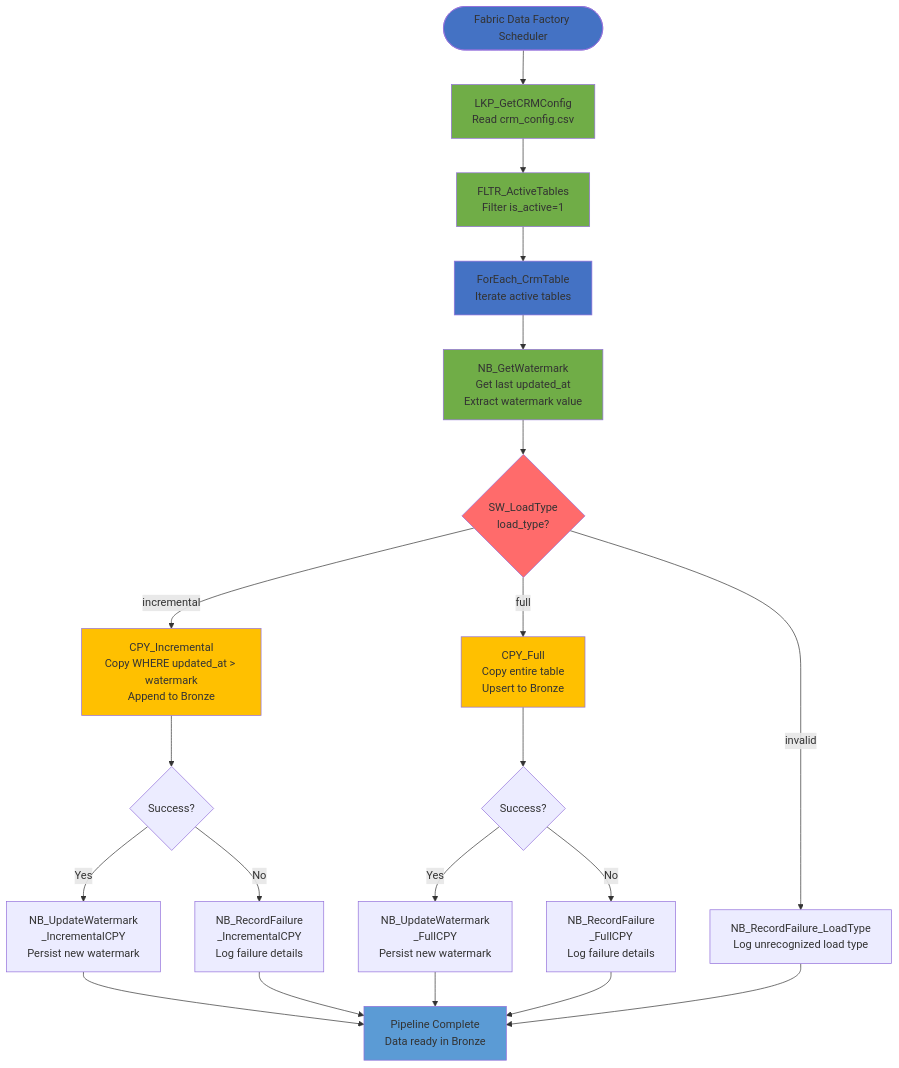
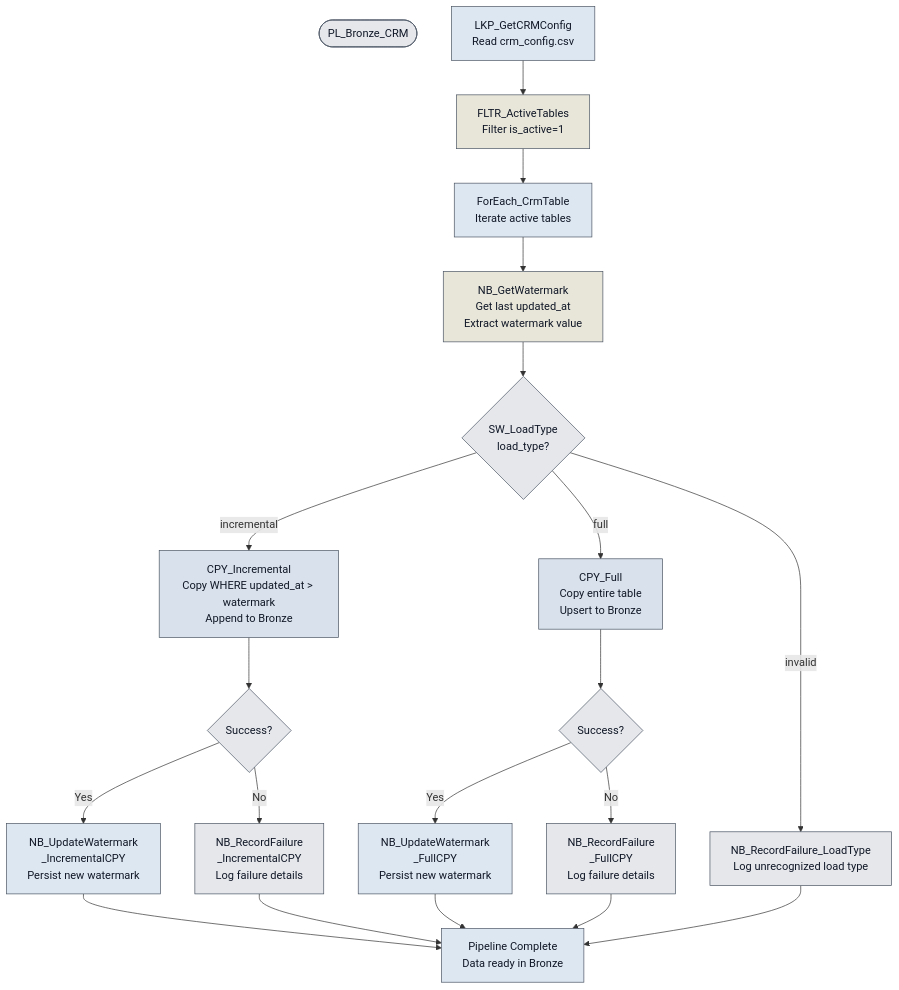
One commit to PacifiqueNteta/DriveZA-Holdings changed the first of 2 diagrams in README.md. Above: the diagram before and after it, drawn with Mermaid. The commit also changed other lines of this file, not shown here.

Commit message:
README Update

````diff
--- a/README.md
+++ b/README.md
@@ -134,38 +81,60 @@
 ```mermaid
 flowchart TD
-    Start([Fabric Data Factory Scheduler]) --> LKP["LKP_GetCRMConfig<br/>Read crm_config.csv"]
-    LKP --> FLTR["FLTR_ActiveTables<br/>Filter is_active=1"]
-    FLTR --> ForEach["ForEach_CrmTable<br/>Iterate active tables"]
-    
-    ForEach --> GetWM["NB_GetWatermark<br/>Get last updated_at<br/>Extract watermark value"]
-    GetWM --> Switch{SW_LoadType<br/>load_type?}
-    
-    Switch -->|incremental| CPYIncr["CPY_Incremental<br/>Copy WHERE updated_at > watermark<br/>Append to Bronze"]
-    Switch -->|full| CPYFull["CPY_Full<br/>Copy entire table<br/>Upsert to Bronze"]
-    Switch -->|invalid| RecordInvalid["NB_RecordFailure_LoadType<br/>Log unrecognized load type"]
-    
-    CPYIncr --> SuccessIncr{Success?}
-    CPYFull --> SuccessFull{Success?}
-    
-    SuccessIncr -->|Yes| UpdateWMIncr["NB_UpdateWatermark<br/>_IncrementalCPY<br/>Persist new watermark"]
-    SuccessIncr -->|No| FailIncr["NB_RecordFailure<br/>_IncrementalCPY<br/>Log failure details"]
-    
-    SuccessFull -->|Yes| UpdateWMFull["NB_UpdateWatermark<br/>_FullCPY<br/>Persist new watermark"]
-    SuccessFull -->|No| FailFull["NB_RecordFailure<br/>_FullCPY<br/>Log failure details"]
-    
-    UpdateWMIncr --> Complete["Pipeline Complete<br/>Data ready in Bronze"]
+    Title(["PL_Bronze_CRM"])
+    LKP["LKP_GetCRMConfig<br/>Read crm_config.csv"]
+    FLTR["FLTR_ActiveTables<br/>Filter is_active=1"]
+    ForEach["ForEach_CrmTable<br/>Iterate active tables"]
+    GetWM["NB_GetWatermark<br/>Get last updated_at<br/>Extract watermark value"]
+    Switch{SW_LoadType<br/>load_type?}
+    CPYIncr["CPY_Incremental<br/>Copy WHERE updated_at > watermark<br/>Append to Bronze"]
+    CPYFull["CPY_Full<br/>Copy entire table<br/>Upsert to Bronze"]
+    RecordInvalid["NB_RecordFailure_LoadType<br/>Log unrecognized load type"]
+    SuccessIncr{Success?}
+    SuccessFull{Success?}
+    UpdateWMIncr["NB_UpdateWatermark<br/>_IncrementalCPY<br/>Persist new watermark"]
+    FailIncr["NB_RecordFailure<br/>_IncrementalCPY<br/>Log failure details"]
+    UpdateWMFull["NB_UpdateWatermark<br/>_FullCPY<br/>Persist new watermark"]
+    FailFull["NB_RecordFailure<br/>_FullCPY<br/>Log failure details"]
+    Complete["Pipeline Complete<br/>Data ready in Bronze"]
+
+    LKP --> FLTR
+    FLTR --> ForEach
+    ForEach --> GetWM
+    GetWM --> Switch
+
+    Switch -->|incremental| CPYIncr
+    Switch -->|full| CPYFull
+    Switch -->|invalid| RecordInvalid
+
+    CPYIncr --> SuccessIncr
+    CPYFull --> SuccessFull
+
+    SuccessIncr -->|Yes| UpdateWMIncr
+    SuccessIncr -->|No| FailIncr
+
+    SuccessFull -->|Yes| UpdateWMFull
+    SuccessFull -->|No| FailFull
+
+    UpdateWMIncr --> Complete
     FailIncr --> Complete
     UpdateWMFull --> Complete
     FailFull --> Complete
     RecordInvalid --> Complete
-    
-    style Start fill:#4472C4
-    style LKP fill:#70AD47
-    style FLTR fill:#70AD47
-    style ForEach fill:#4472C4
-    style GetWM fill:#70AD47
-    style Switch fill:#FF6B6B
-    style CPYIncr fill:#FFC000
-    style CPYFull fill:#FFC000
-    style Complete fill:#5B9BD5
+
+    style Title fill:#E5E7EB,stroke:#4B5563,stroke-width:1px,color:#111827
+    style LKP fill:#DDE7F2,stroke:#4B5563,stroke-width:1px,color:#111827
+    style FLTR fill:#E8E6D9,stroke:#4B5563,stroke-width:1px,color:#111827
+    style ForEach fill:#DDE7F2,stroke:#4B5563,stroke-width:1px,color:#111827
+    style GetWM fill:#E8E6D9,stroke:#4B5563,stroke-width:1px,color:#111827
+    style Switch fill:#E5E7EB,stroke:#4B5563,stroke-width:1px,color:#111827
+    style CPYIncr fill:#D9E2EC,stroke:#4B5563,stroke-width:1px,color:#111827
+    style CPYFull fill:#D9E2EC,stroke:#4B5563,stroke-width:1px,color:#111827
+    style RecordInvalid fill:#E5E7EB,stroke:#4B5563,stroke-width:1px,color:#111827
+    style SuccessIncr fill:#E5E7EB,stroke:#4B5563,stroke-width:1px,color:#111827
+    style SuccessFull fill:#E5E7EB,stroke:#4B5563,stroke-width:1px,color:#111827
+    style UpdateWMIncr fill:#DDE7F2,stroke:#4B5563,stroke-width:1px,color:#111827
+    style FailIncr fill:#E5E7EB,stroke:#4B5563,stroke-width:1px,color:#111827
+    style UpdateWMFull fill:#DDE7F2,stroke:#4B5563,stroke-width:1px,color:#111827
+    style FailFull fill:#E5E7EB,stroke:#4B5563,stroke-width:1px,color:#111827
+    style Complete fill:#DDE7F2,stroke:#4B5563,stroke-width:1px,color:#111827
 ```
````
